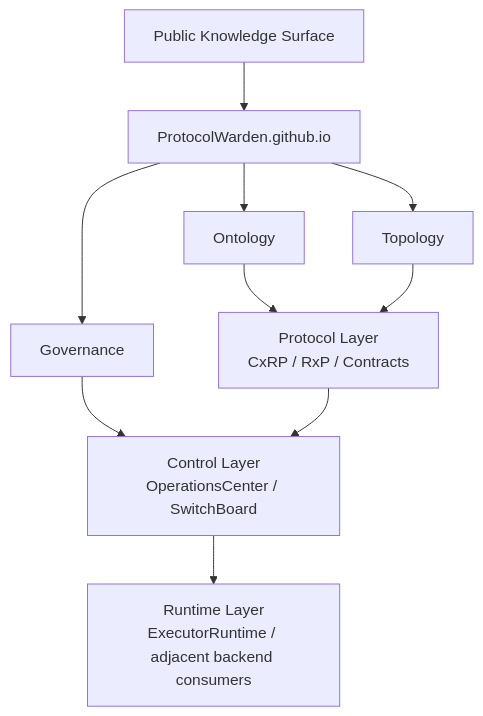
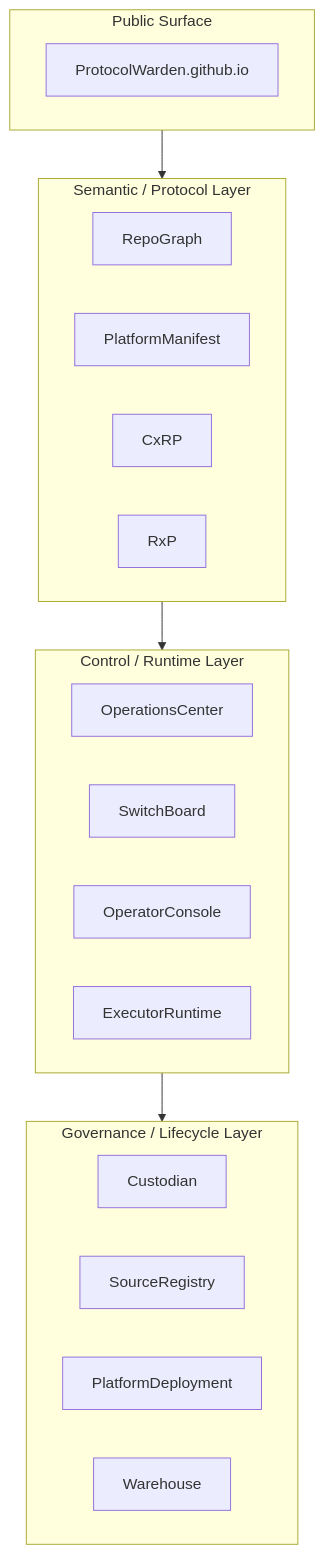
Before and after one commit to ProtocolWarden/ProtocolWarden.github.io: the first of 2 diagrams in docs/index.md, drawn with Mermaid. The commit also changed other lines of this file and 7 other files, not shown here.

First line of the commit message:
docs: consolidation plan C, D, J — homepage, catalog, diagrams

````diff
--- a/docs/index.md
+++ b/docs/index.md
@@ -72,21 +47,28 @@
 ```mermaid
 graph TD
-    PKS[Public Knowledge Surface]
-    SITE[ProtocolWarden.github.io]
-    ONT[Ontology]
-    TOP[Topology]
-    GOV[Governance]
-    PROTO[Protocol Layer\nCxRP / RxP / Contracts]
-    CTRL[Control Layer\nOperationsCenter / SwitchBoard]
-    RUN[Runtime Layer\nExecutorRuntime / adjacent backend consumers]
+    subgraph surface ["Public Surface"]
+        DOCS["ProtocolWarden.github.io"]
+    end
+    subgraph semantic ["Semantic / Protocol Layer"]
+        RG[RepoGraph]
+        PM[PlatformManifest]
+        CX[CxRP]
+        RX[RxP]
+    end
+    subgraph control ["Control / Runtime Layer"]
+        OPS[OperationsCenter]
+        SB[SwitchBoard]
+        OC[OperatorConsole]
+        ER[ExecutorRuntime]
+    end
+    subgraph gov ["Governance / Lifecycle Layer"]
+        CU[Custodian]
+        SR[SourceRegistry]
+        PD[PlatformDeployment]
+        WH[Warehouse]
+    end
 
-    PKS --> SITE
-    SITE --> ONT
-    SITE --> TOP
-    SITE --> GOV
-    ONT --> PROTO
-    TOP --> PROTO
-    GOV --> CTRL
-    PROTO --> CTRL
-    CTRL --> RUN
+    surface --> semantic
+    semantic --> control
+    control --> gov
 ```
````
